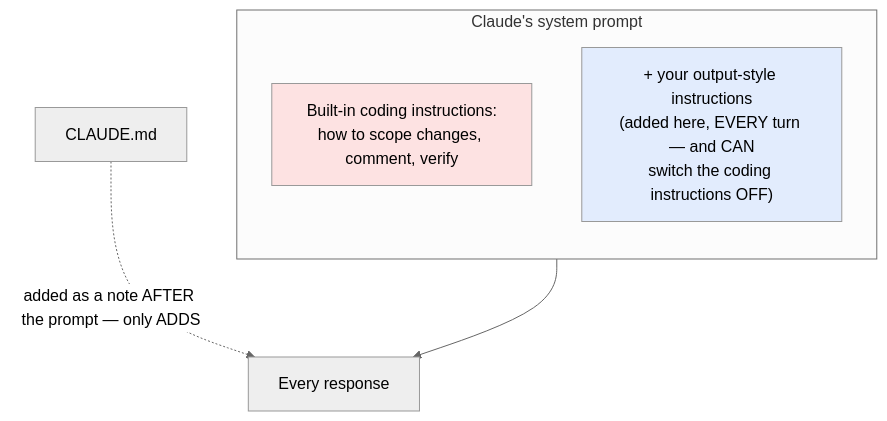
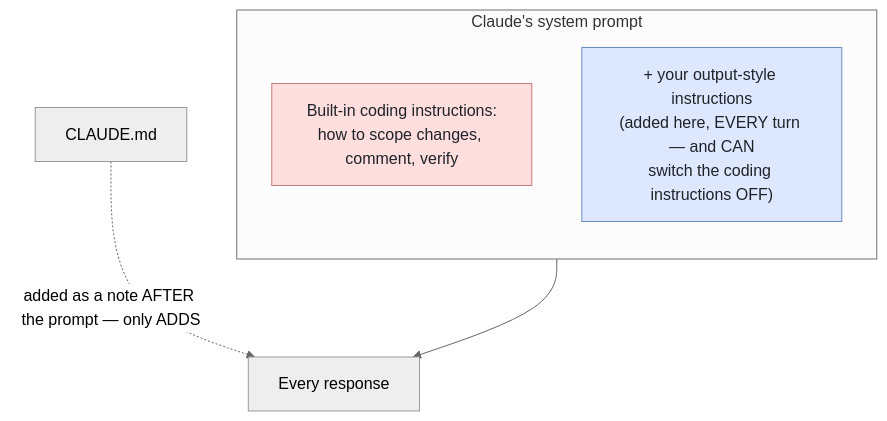
One commit to klesajos/grimoire changed the second of 4 diagrams in plugins/starter-spell/README.md. Above: the diagram before and after it, drawn with Mermaid (neutral theme). The commit also changed 2 other files, not shown here.

Commit message:
Fix Mermaid diagram colors for dark mode readability
The output-style diagram hardcoded pale fills without a text color, so GitHub
dark mode rendered light text on a light fill (unreadable). Add explicit dark
text + stroke so the nodes read in both light and dark themes. Patch bump 0.3.4.

````diff
--- a/plugins/starter-spell/README.md
+++ b/plugins/starter-spell/README.md
@@ -225,13 +225,13 @@
 ```mermaid
 flowchart TB
     subgraph SP[Claude's system prompt]
       direction TB
       B[Built-in coding instructions:<br/>how to scope changes, comment, verify]
       O["+ your output-style instructions<br/>(added here, EVERY turn — and CAN<br/>switch the coding instructions OFF)"]
     end
     SP --> R[Every response]
     CM[CLAUDE.md] -. added as a note AFTER the prompt — only ADDS .-> R
 
-    style B fill:#fde2e2
-    style O fill:#e2ecfd
+    style B fill:#ffdede,stroke:#c97a7a,stroke-width:1px,color:#1f2328
+    style O fill:#dde8ff,stroke:#6c8ebf,stroke-width:1px,color:#1f2328
 ```
````
